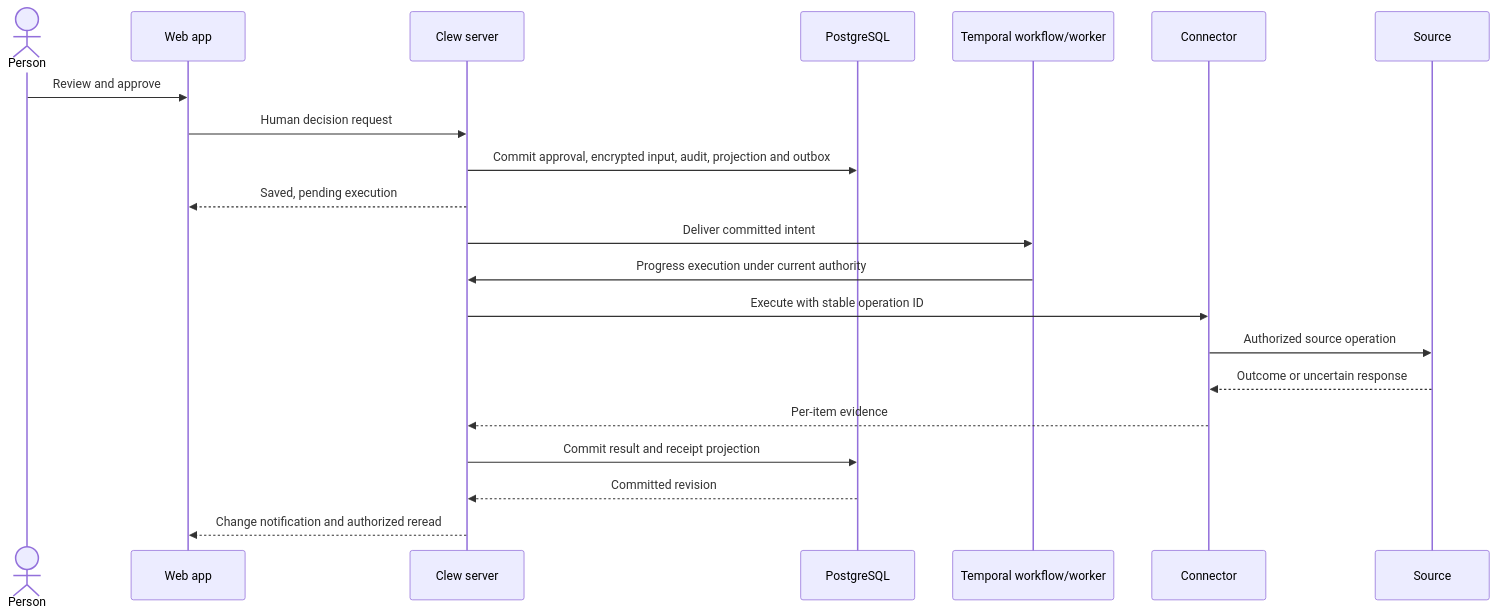
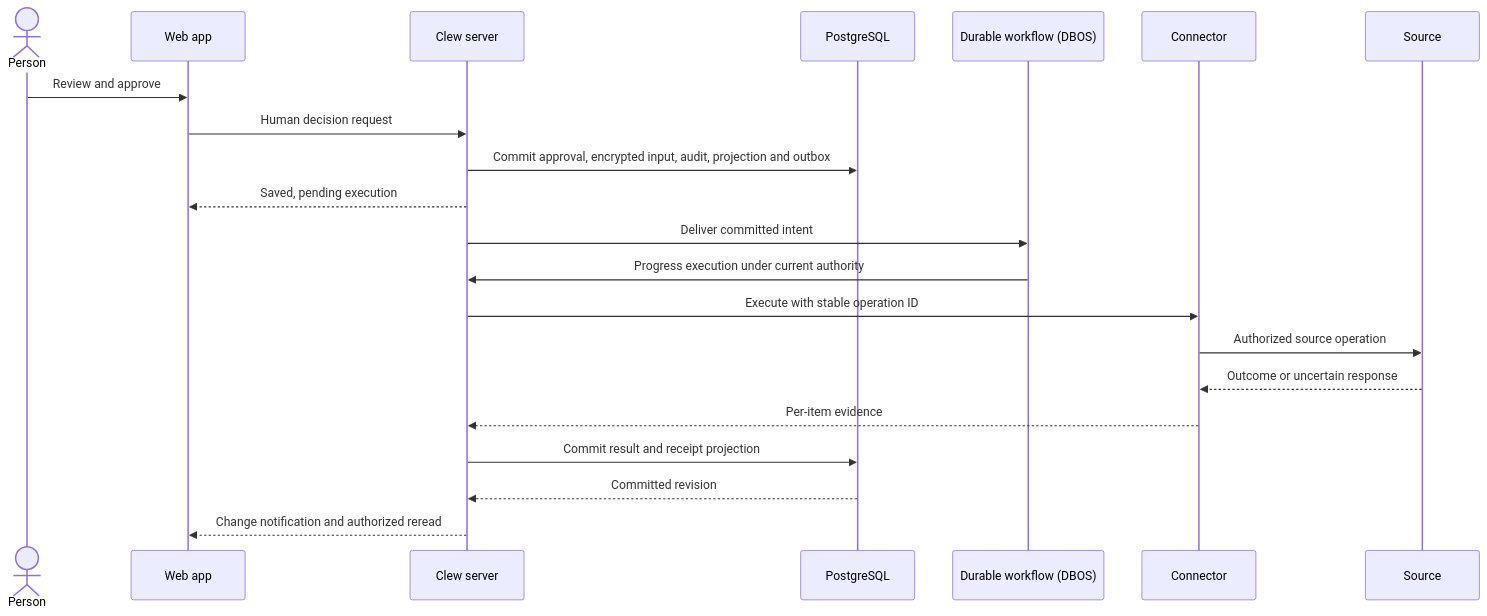
Before and after one commit to etori-ai/clew: the second of 2 diagrams in docs/architecture/overview.md, drawn with Mermaid. The commit also changed other lines of this file and 64 other files, not shown here.

````diff
--- a/docs/architecture/overview.md
+++ b/docs/architecture/overview.md
@@ -75,23 +75,23 @@
 ```mermaid
 sequenceDiagram
   actor Person
   participant Web as Web app
   participant Server as Clew server
   participant DB as PostgreSQL
-  participant Worker as Temporal workflow/worker
+  participant Worker as Durable workflow (DBOS)
   participant Connector
   participant Source
   Person->>Web: Review and approve
   Web->>Server: Human decision request
   Server->>DB: Commit approval, encrypted input, audit, projection and outbox
   Server-->>Web: Saved, pending execution
   Server->>Worker: Deliver committed intent
   Worker->>Server: Progress execution under current authority
   Server->>Connector: Execute with stable operation ID
   Connector->>Source: Authorized source operation
   Source-->>Connector: Outcome or uncertain response
   Connector-->>Server: Per-item evidence
   Server->>DB: Commit result and receipt projection
   DB-->>Server: Committed revision
   Server-->>Web: Change notification and authorized reread
 ```
````
